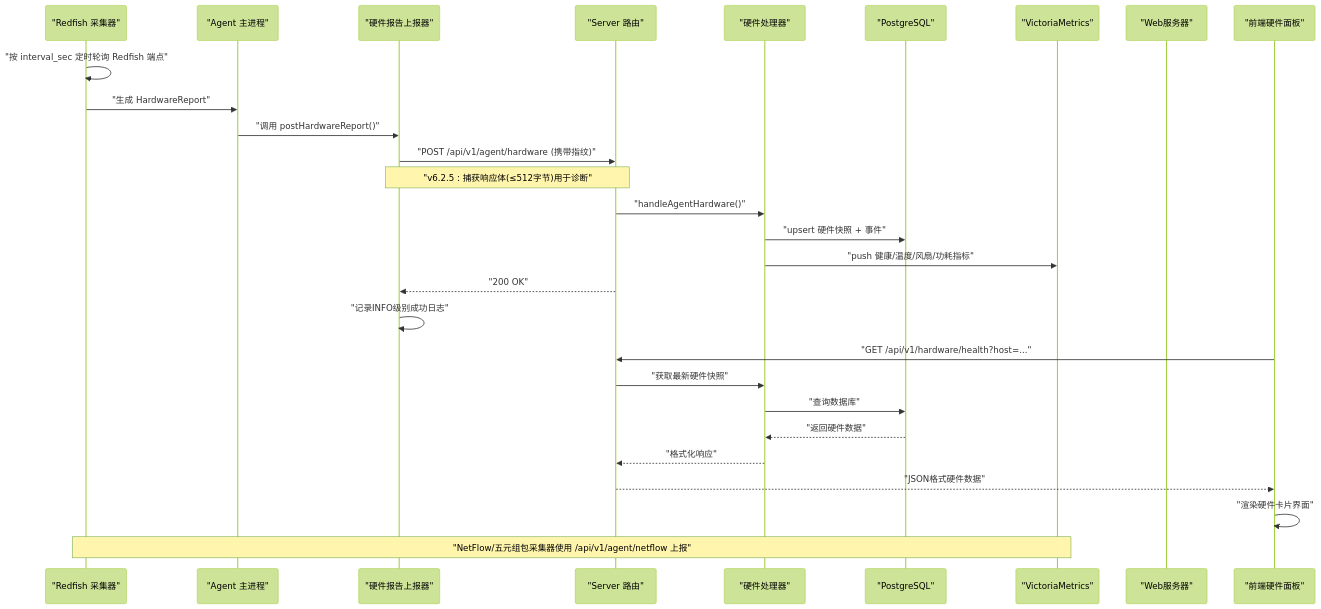
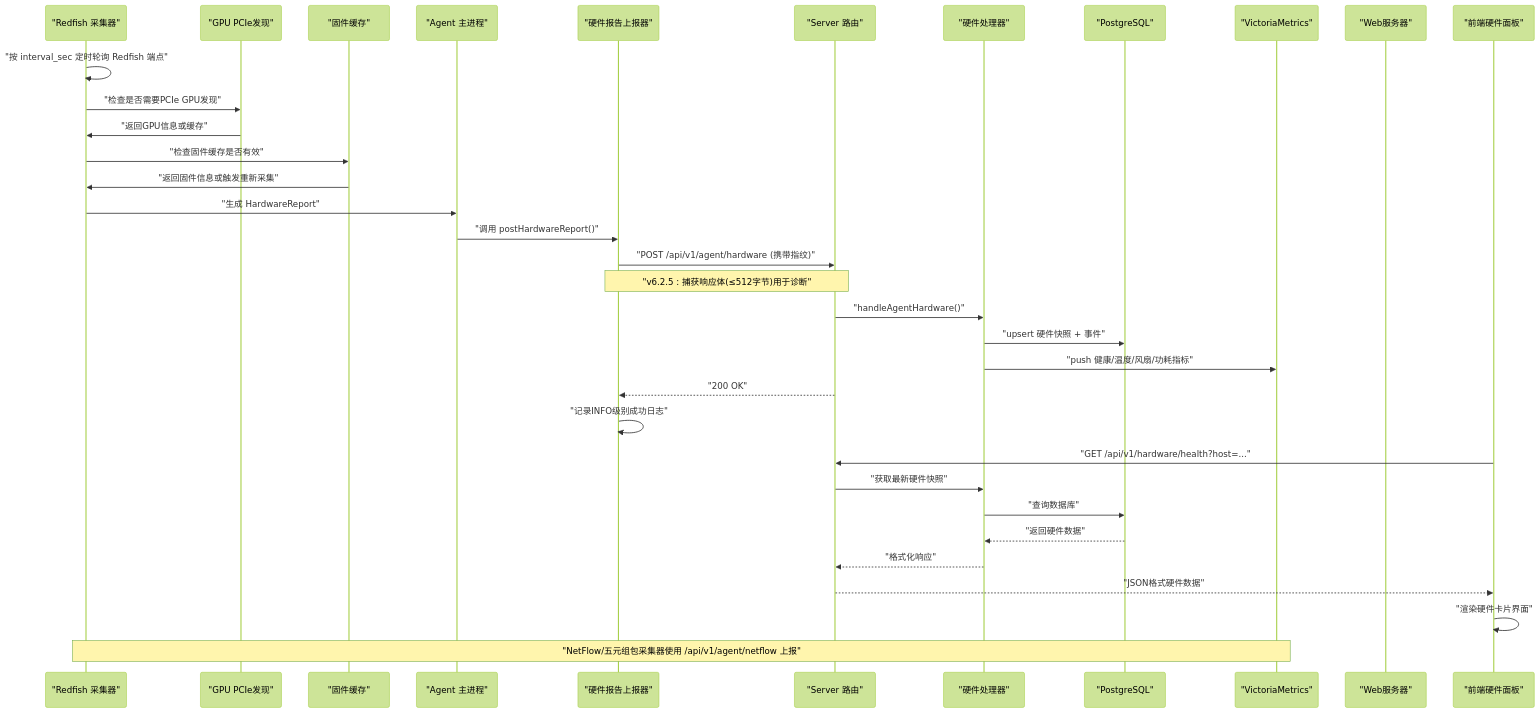
One commit to sreyun/aiops-monitor changed the second of 6 diagrams in .qoder/repowiki/zh/content/架构设计/Agent 客户端架构/Redfish硬件采集器.md. Above: the diagram before and after it, drawn with Mermaid (forest theme). The commit also changed other lines of this file and 41 other files, not shown here.

````diff
--- a/.qoder/repowiki/zh/content/架构设计/Agent 客户端架构/Redfish硬件采集器.md
+++ b/.qoder/repowiki/zh/content/架构设计/Agent 客户端架构/Redfish硬件采集器.md
@@ -143,30 +171,36 @@
 ```mermaid
 sequenceDiagram
 participant RF as "Redfish 采集器"
+participant GPU as "GPU PCIe发现"
+participant FW as "固件缓存"
 participant AG as "Agent 主进程"
 participant REP as "硬件报告上报器"
 participant SV as "Server 路由"
 participant HW as "硬件处理器"
 participant PG as "PostgreSQL"
 participant VM as "VictoriaMetrics"
 participant WEB as "Web服务器"
 participant UI as "前端硬件面板"
 RF->>RF : "按 interval_sec 定时轮询 Redfish 端点"
+RF->>GPU : "检查是否需要PCIe GPU发现"
+GPU->>RF : "返回GPU信息或缓存"
+RF->>FW : "检查固件缓存是否有效"
+FW->>RF : "返回固件信息或触发重新采集"
 RF->>AG : "生成 HardwareReport"
 AG->>REP : "调用 postHardwareReport()"
 REP->>SV : "POST /api/v1/agent/hardware (携带指纹)"
 Note over REP,SV : "v6.2.5 : 捕获响应体(≤512字节)用于诊断"
 SV->>HW : "handleAgentHardware()"
 HW->>PG : "upsert 硬件快照 + 事件"
 HW->>VM : "push 健康/温度/风扇/功耗指标"
 SV-->>REP : "200 OK"
 REP->>REP : "记录INFO级别成功日志"
 UI->>SV : "GET /api/v1/hardware/health?host=..."
 SV->>HW : "获取最新硬件快照"
 HW->>PG : "查询数据库"
 PG-->>HW : "返回硬件数据"
 HW-->>SV : "格式化响应"
 SV-->>UI : "JSON格式硬件数据"
 UI->>UI : "渲染硬件卡片界面"
 Note over RF,VM : "NetFlow/五元组包采集器使用 /api/v1/agent/netflow 上报"
 ```
````
